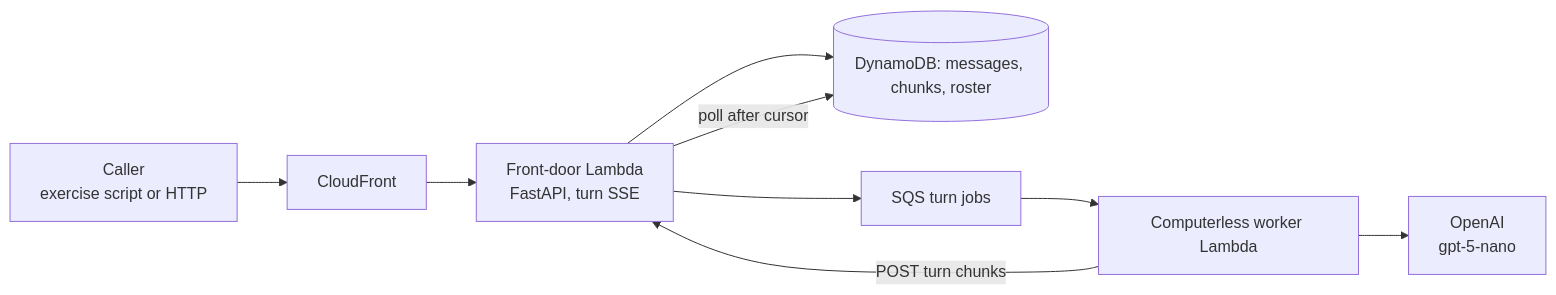
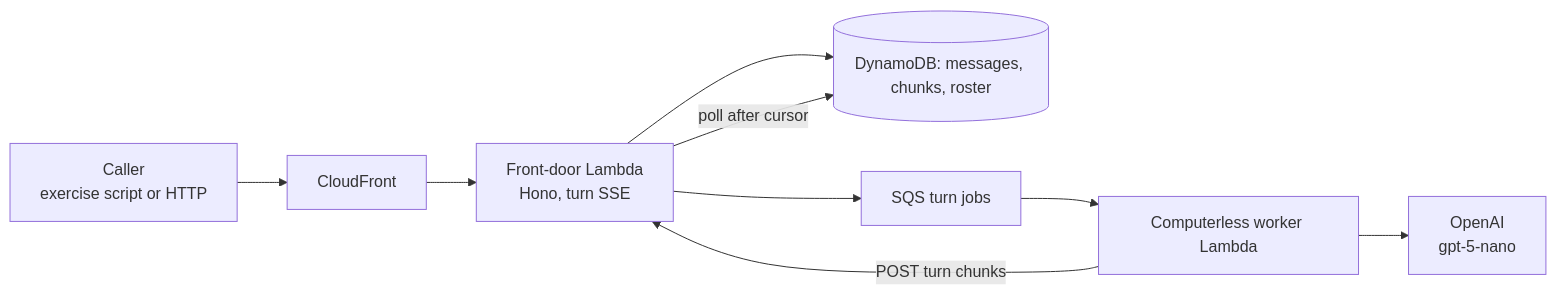
The first of 3 diagrams in README.md (AnthusAI/Chatticus), drawn with Mermaid before and after one commit. The commit also changed other lines of this file and 306 other files, not shown here.

````diff
--- a/README.md
+++ b/README.md
@@ -285,18 +296,18 @@
 ```mermaid
 flowchart LR
   Caller["Caller<br/>exercise script or HTTP"]
   CF["CloudFront"]
-  FD["Front-door Lambda<br/>FastAPI, turn SSE"]
+  FD["Front-door Lambda<br/>Hono, turn SSE"]
   DDB[("DynamoDB: messages, chunks, roster")]
   SQS["SQS turn jobs"]
   W["Computerless worker Lambda"]
   OA["OpenAI<br/>gpt-5-nano"]
 
   Caller --> CF --> FD
   FD --> DDB
   FD --> SQS
   SQS --> W
   W --> OA
   W -->|"POST turn chunks"| FD
   FD -->|"poll after cursor"| DDB
 ```
````
